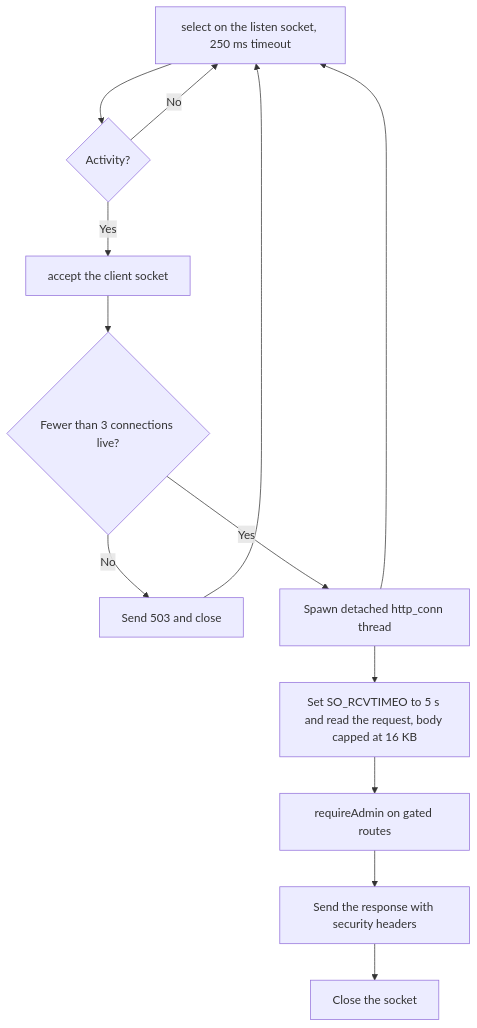
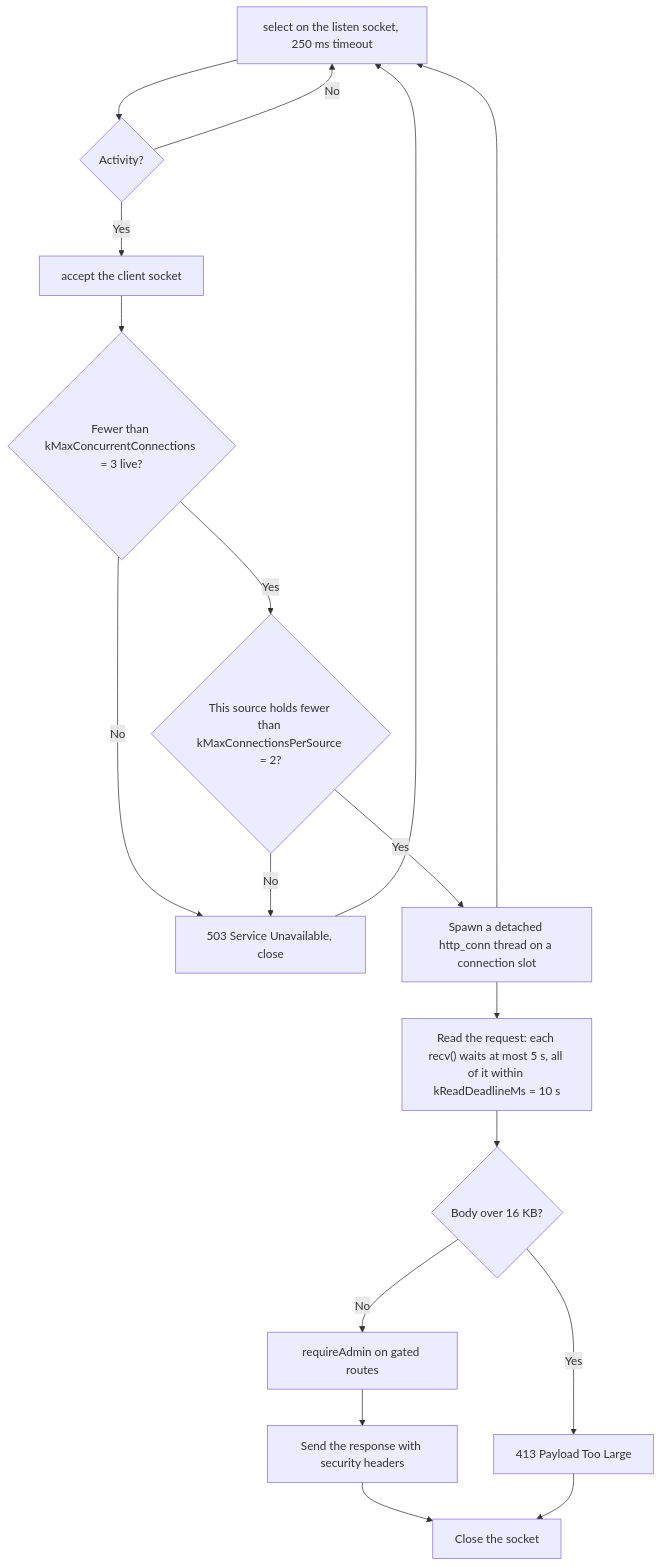
The fourth of 4 diagrams in docs/ARCHITECTURE.md (GlomarGadaffi/pocket-dial), drawn with Mermaid before and after one commit. The commit also changed other lines of this file and 29 other files, not shown here.

First line of the commit message:
docs: make the Mermaid diagrams exact against main (#1105)

````diff
--- a/docs/ARCHITECTURE.md
+++ b/docs/ARCHITECTURE.md
@@ -221,15 +248,20 @@
 ```mermaid
 flowchart TD
     A[select on the listen socket, 250 ms timeout] --> B{Activity?}
     B -- No --> A
     B -- Yes --> C[accept the client socket]
-    C --> D{Fewer than 3 connections live?}
-    D -- No --> E[Send 503 and close]
+    C --> D{"Fewer than kMaxConcurrentConnections = 3 live?"}
+    D -- No --> E["503 Service Unavailable, close"]
     E --> A
-    D -- Yes --> F[Spawn detached http_conn thread]
+    D -- Yes --> PS{"This source holds fewer than kMaxConnectionsPerSource = 2?"}
+    PS -- No --> E
+    PS -- Yes --> F["Spawn a detached http_conn thread on a connection slot"]
     F --> A
-    F --> G[Set SO_RCVTIMEO to 5 s and read the request, body capped at 16 KB]
-    G --> H[requireAdmin on gated routes]
+    F --> G["Read the request: each recv() waits at most 5 s, all of it within kReadDeadlineMs = 10 s"]
+    G --> BL{"Body over 16 KB?"}
+    BL -- Yes --> R413["413 Payload Too Large"]
+    BL -- No --> H[requireAdmin on gated routes]
     H --> I[Send the response with security headers]
     I --> J[Close the socket]
+    R413 --> J
 ```
````
